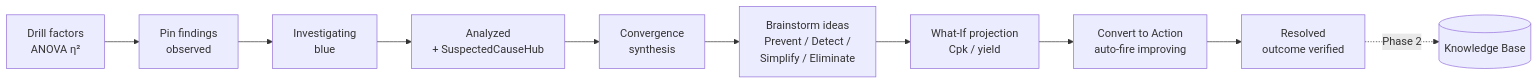
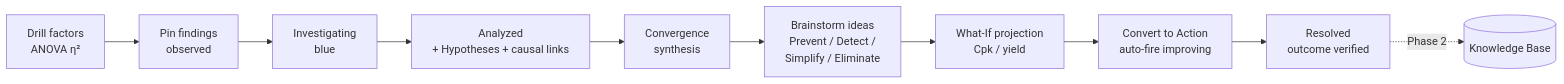
One commit to jukka-matti/variscout changed the diagram in docs/03-features/workflows/analyze-to-action.md. Above: the diagram before and after it, drawn with Mermaid. The commit also changed other lines of this file and 4 other files, not shown here.

````diff
--- a/docs/03-features/workflows/analyze-to-action.md
+++ b/docs/03-features/workflows/analyze-to-action.md
@@ -25,12 +29,12 @@
 ```mermaid
 flowchart LR
     Drill[Drill factors<br/>ANOVA η²] --> Pin[Pin findings<br/>observed]
     Pin --> Inv[Investigating<br/>blue]
-    Inv --> Anly[Analyzed<br/>+ SuspectedCauseHub]
+    Inv --> Anly[Analyzed<br/>+ Hypotheses + causal links]
     Anly --> Syn[Convergence<br/>synthesis]
     Syn --> Ideas[Brainstorm ideas<br/>Prevent / Detect /<br/>Simplify / Eliminate]
     Ideas --> Proj[What-If projection<br/>Cpk / yield]
     Proj --> Conv[Convert to Action<br/>auto-fire improving]
     Conv --> Resv[Resolved<br/>outcome verified]
     Resv -.->|Phase 2| KB[(Knowledge Base)]
 ```
````
